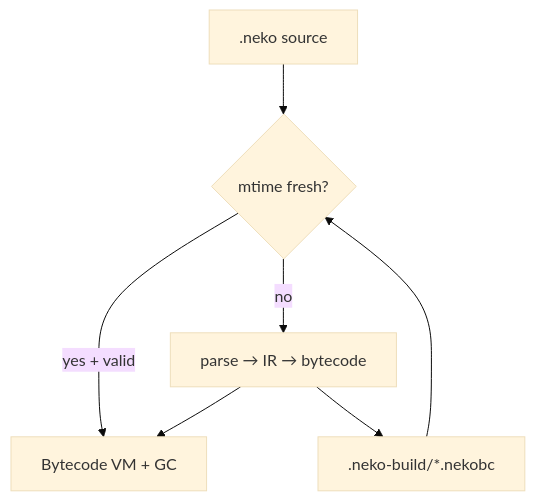
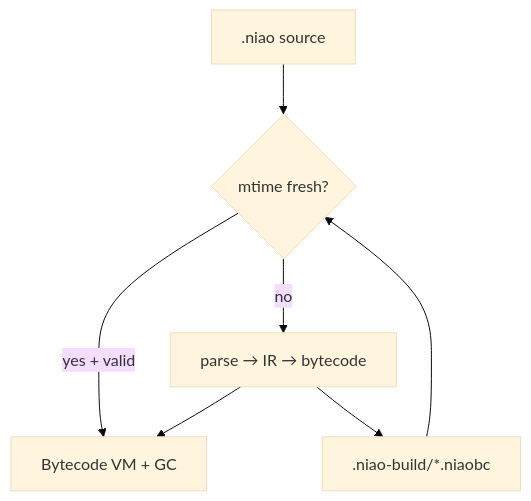
The second of 2 diagrams in docs/VM_MEMORY_AND_CACHE.md (vivekgorasiya98/naio), drawn with Mermaid (base theme) before and after one commit. The commit also changed other lines of this file and 905 other files, not shown here.

````diff
--- a/docs/VM_MEMORY_AND_CACHE.md
+++ b/docs/VM_MEMORY_AND_CACHE.md
@@ -252,14 +252,14 @@
 ```mermaid
 flowchart TD
-    Source[".neko source"]
-    Cache[".neko-build/*.nekobc"]
+    Source[".niao source"]
+    Cache[".niao-build/*.niaobc"]
     Compile["parse → IR → bytecode"]
     VM["Bytecode VM + GC"]
 
     Source --> Fresh{mtime fresh?}
     Cache --> Fresh
     Fresh -->|yes + valid| VM
     Fresh -->|no| Compile
     Compile --> Cache
     Compile --> VM
 ```
````
